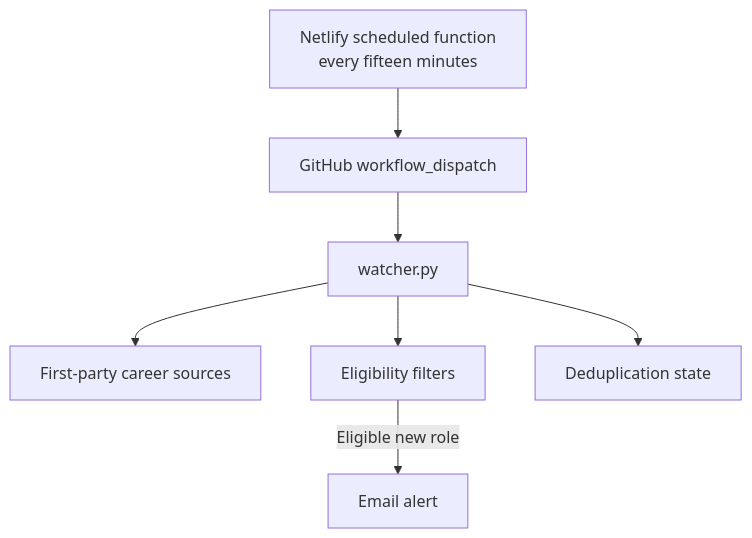
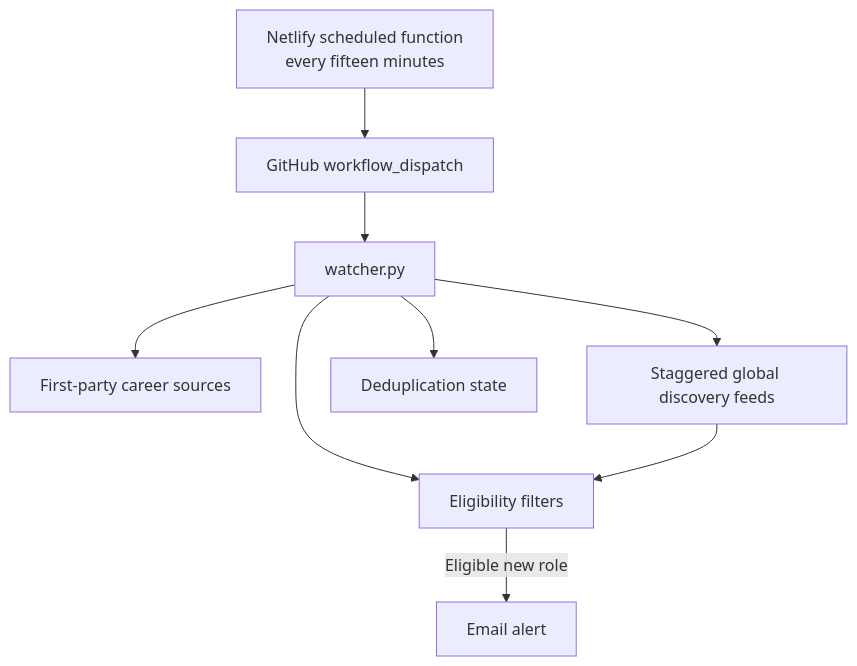
One commit to arunimshukla/ai-security-job-alert-agent changed the diagram in README.md. Above: the diagram before and after it, drawn with Mermaid. The commit also changed other lines of this file and 3 other files, not shown here.

````diff
--- a/README.md
+++ b/README.md
@@ -52,9 +72,11 @@
 ```mermaid
 flowchart TD
     A["Netlify scheduled function<br/>every fifteen minutes"] --> B["GitHub workflow_dispatch"]
     B --> C["watcher.py"]
     C --> D["First-party career sources"]
+    C --> H["Staggered global discovery feeds"]
     C --> E["Eligibility filters"]
+    H --> E
     E -->|"Eligible new role"| F["Email alert"]
     C --> G["Deduplication state"]
 ```
````
